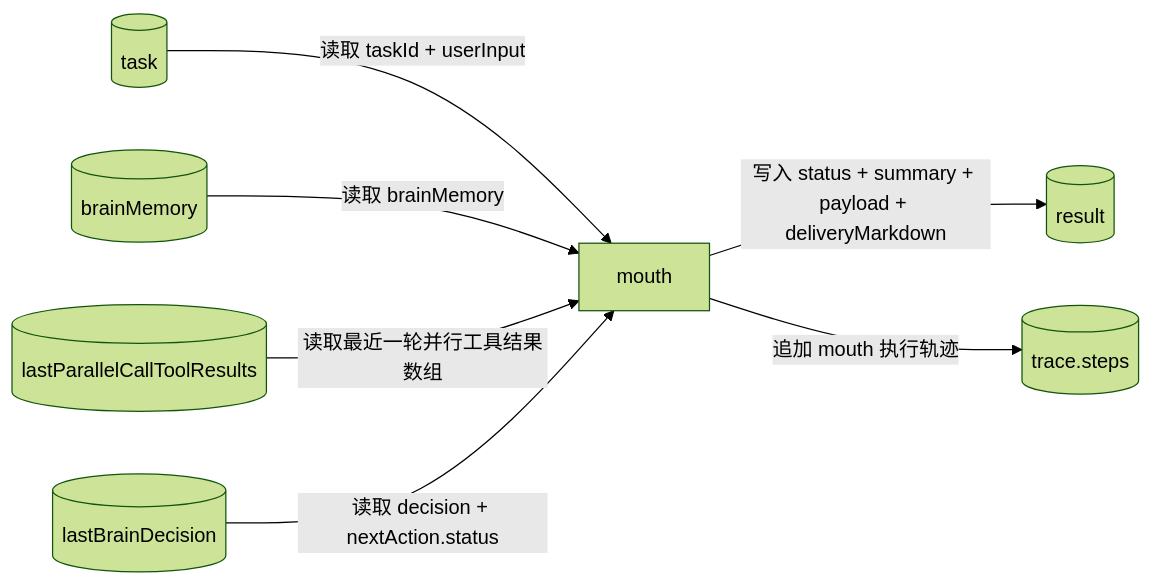
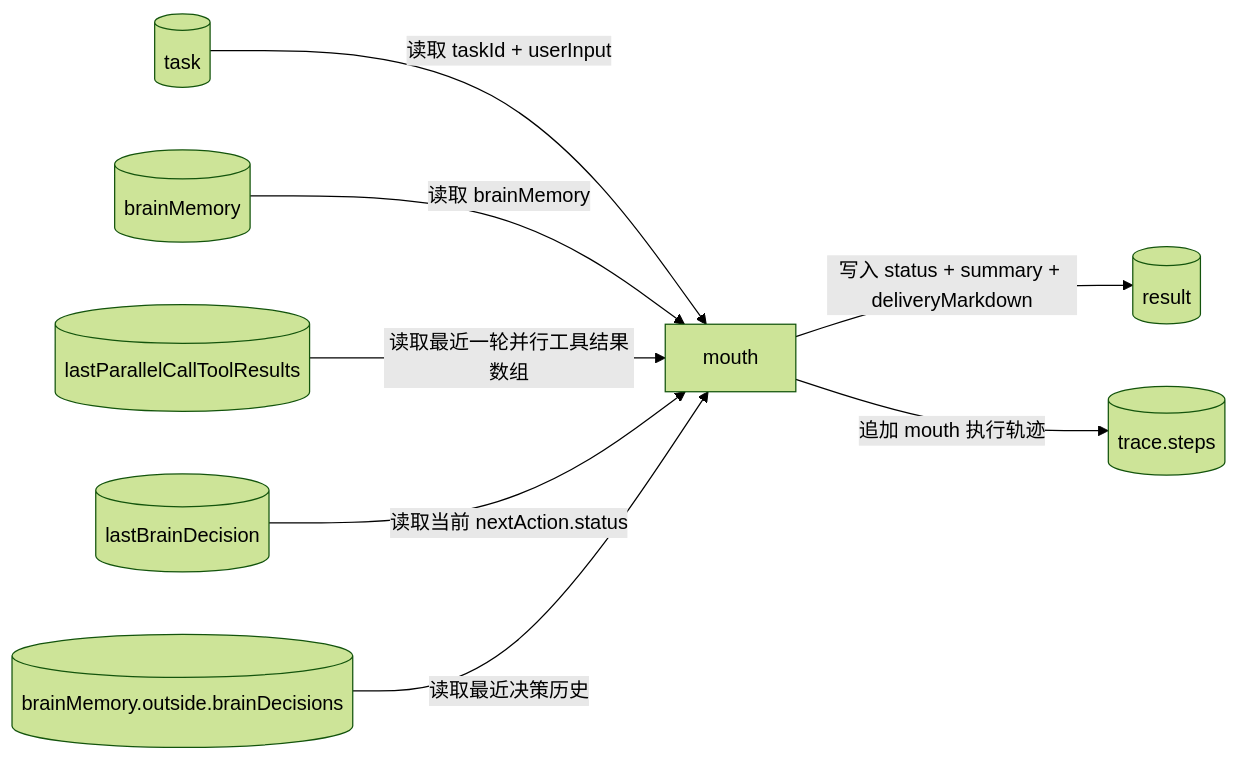
Before and after one commit to Yoan98/Ncurator: the sixth of 6 diagrams in doc/ai-design/data-definition-and-flow.md, drawn with Mermaid (forest theme). The commit also changed other lines of this file and 6 other files, not shown here.

````diff
--- a/doc/ai-design/data-definition-and-flow.md
+++ b/doc/ai-design/data-definition-and-flow.md
@@ -445,17 +420,19 @@
 ```mermaid
 flowchart LR
     T[("task")]
     BM[("brainMemory")]
     LTR[("lastParallelCallToolResults")]
     LBD[("lastBrainDecision")]
+    BD[("brainMemory.outside.brainDecisions")]
     M["mouth"]
     R[("result")]
     TR[("trace.steps")]
 
     T -->|读取 taskId + userInput| M
     BM -->|读取 brainMemory| M
     LTR -->|读取最近一轮并行工具结果数组| M
-    LBD -->|读取 decision + nextAction.status| M
-    M -->|写入 status + summary + payload + deliveryMarkdown| R
+    LBD -->|读取当前 nextAction.status| M
+    BD -->|读取最近决策历史| M
+    M -->|写入 status + summary + deliveryMarkdown| R
     M -->|追加 mouth 执行轨迹| TR
 ```
````
